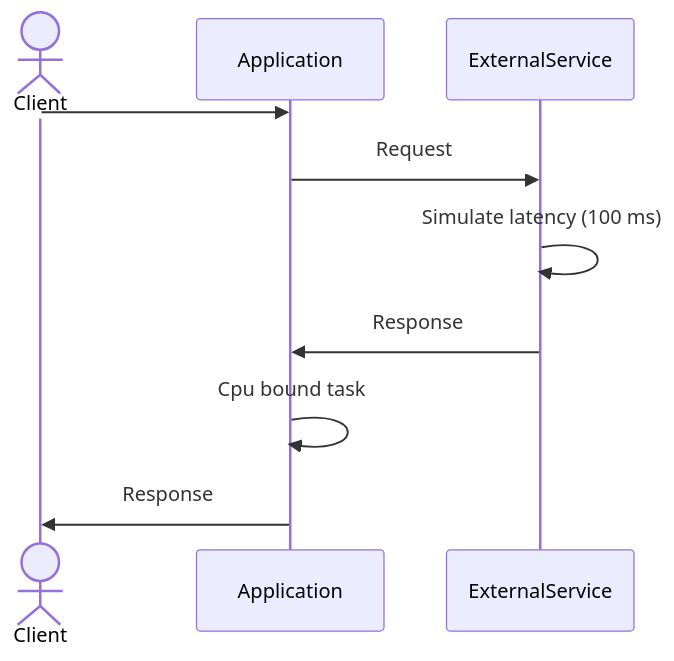
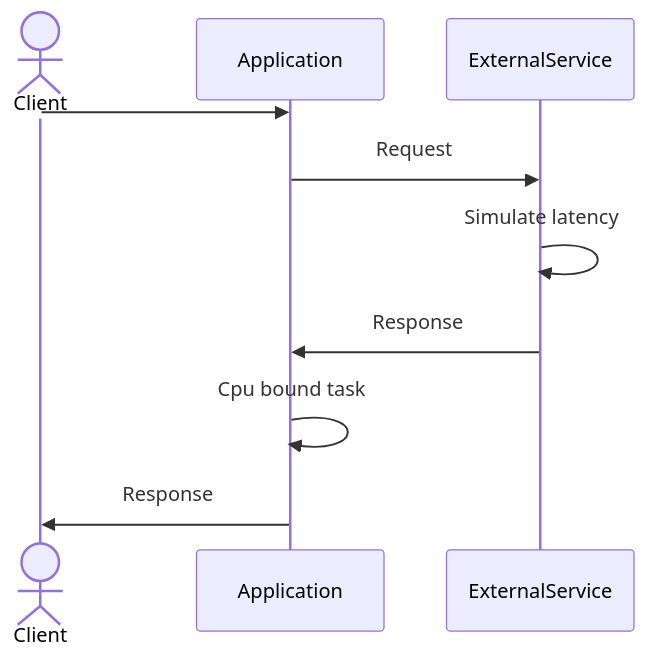
The fourth of 4 diagrams in README.md (maocq/reactive-vs-virtual-threads-springboot-4), drawn with Mermaid before and after one commit. The commit also changed other lines of this file, not shown here.

````diff
--- a/README.md
+++ b/README.md
@@ -50,10 +50,10 @@
 ```mermaid
 sequenceDiagram
     actor Client
     Client->>Application: 
     Application->>ExternalService: Request
-    ExternalService->>ExternalService: Simulate latency (100 ms)
+    ExternalService->>ExternalService: Simulate latency
     ExternalService->>Application: Response
     Application->>Application: Cpu bound task
     Application->>Client: Response
 ```
````
